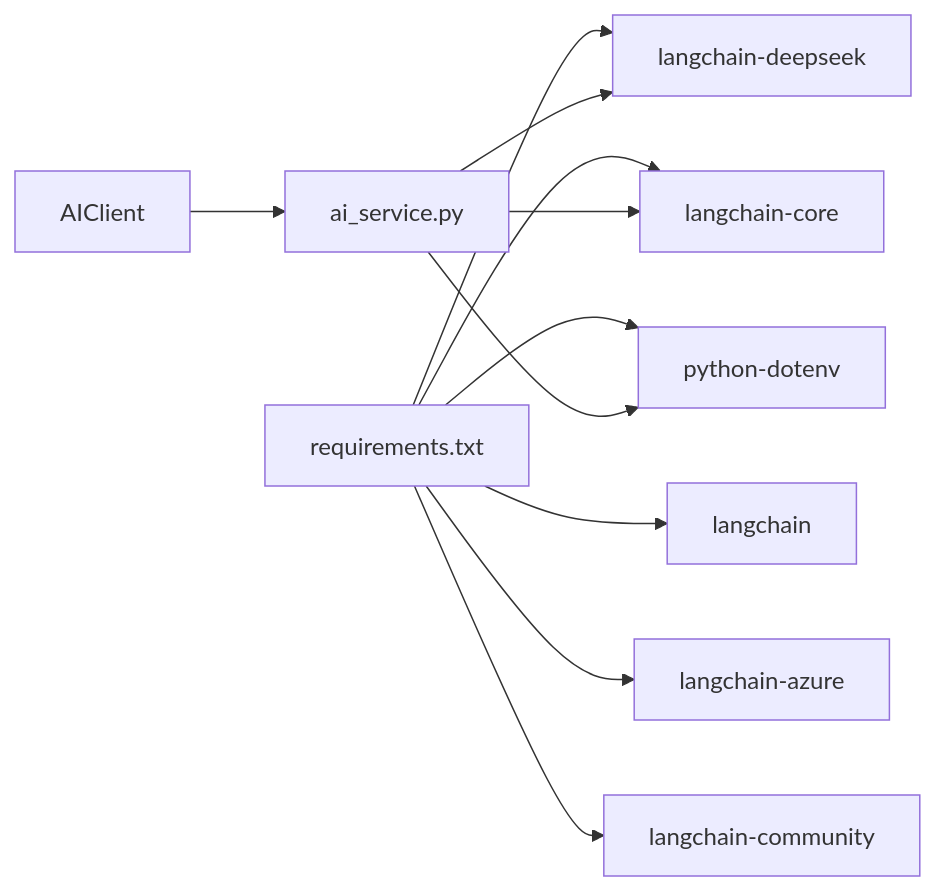
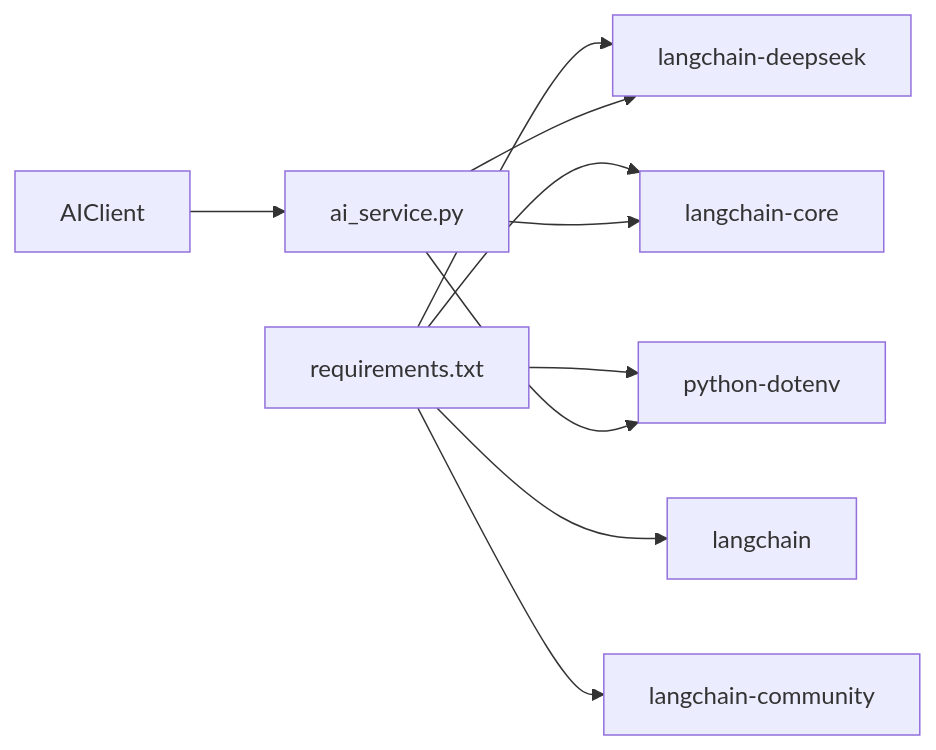
The seventh of 7 diagrams in .qoder/repowiki/zh/content/AI智能辅助系统.md (jinpeng900/OJ-Test), drawn with Mermaid before and after one commit. The commit also changed other lines of this file and 5 other files, not shown here.

````diff
--- a/.qoder/repowiki/zh/content/AI智能辅助系统.md
+++ b/.qoder/repowiki/zh/content/AI智能辅助系统.md
@@ -299,13 +308,12 @@
 ```mermaid
 graph LR
 REQ["requirements.txt"] --> DOTENV["python-dotenv"]
 REQ --> LC["langchain"]
 REQ --> LCCORE["langchain-core"]
-REQ --> LCAZ["langchain-azure"]
 REQ --> LCD["langchain-deepseek"]
 REQ --> LCCOMM["langchain-community"]
 AC["AIClient"] --> PY["ai_service.py"]
 PY --> LCD
 PY --> LCCORE
 PY --> DOTENV
 ```
````
